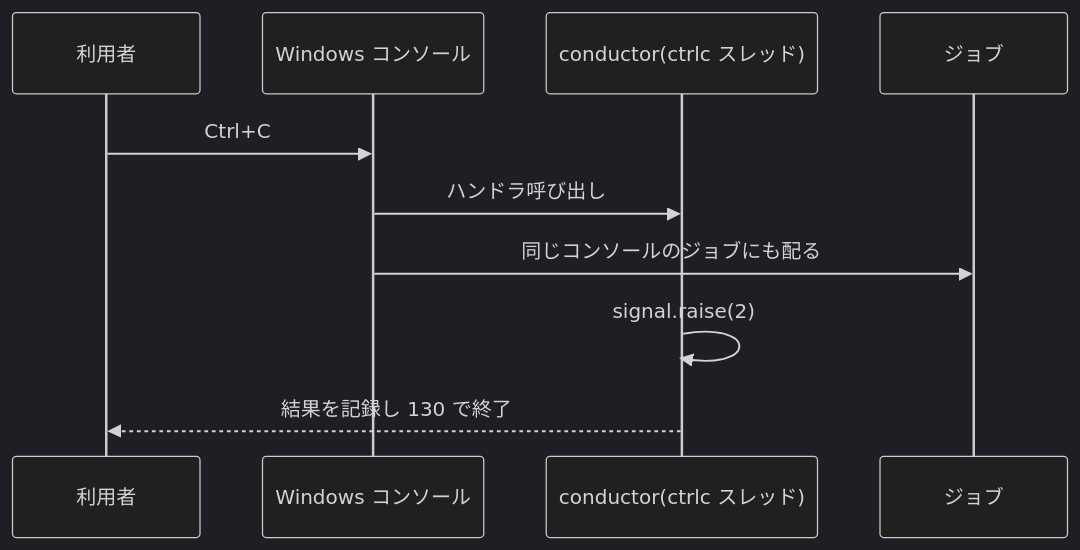
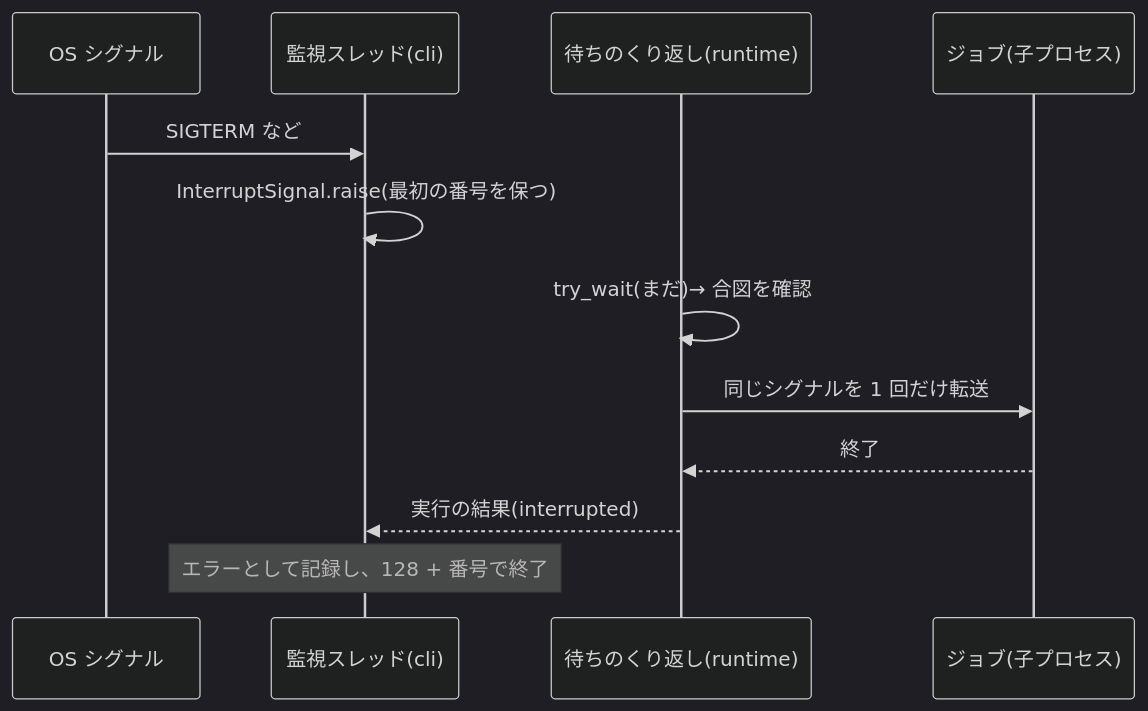
The third of 3 diagrams in aidlc/spaces/default/codekb/rust-job-conductor/architecture.md (agwlvssainokuni/rust-job-conductor), drawn with Mermaid (dark theme) before and after one commit. The commit also changed other lines of this file and 13 other files, not shown here.

````diff
--- a/aidlc/spaces/default/codekb/rust-job-conductor/architecture.md
+++ b/aidlc/spaces/default/codekb/rust-job-conductor/architecture.md
@@ -115,12 +80,14 @@
 ```mermaid
 sequenceDiagram
-  participant U as 利用者
-  participant OS as Windows コンソール
-  participant C as conductor(ctrlc スレッド)
-  participant J as ジョブ
-  U->>OS: Ctrl+C
-  OS->>C: ハンドラ呼び出し
-  OS->>J: 同じコンソールのジョブにも配る
-  C->>C: signal.raise(2)
-  C-->>U: 結果を記録し 130 で終了
+    participant S as OS シグナル
+    participant W as 監視スレッド(cli)
+    participant L as 待ちのくり返し(runtime)
+    participant J as ジョブ(子プロセス)
+    S->>W: SIGTERM など
+    W->>W: InterruptSignal.raise(最初の番号を保つ)
+    L->>L: try_wait(まだ)→ 合図を確認
+    L->>J: 同じシグナルを 1 回だけ転送
+    J-->>L: 終了
+    L-->>W: 実行の結果(interrupted)
+    Note over W: エラーとして記録し、128 + 番号で終了
 ```
````
